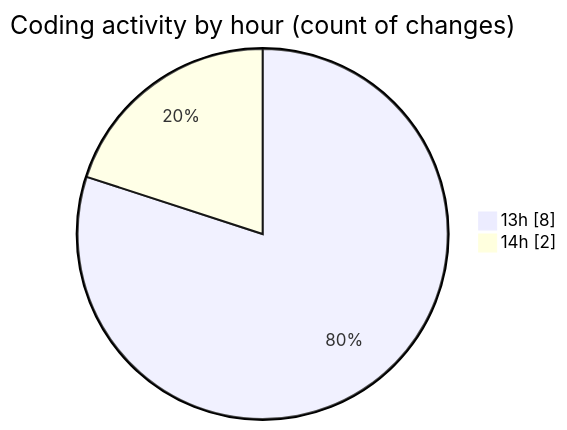
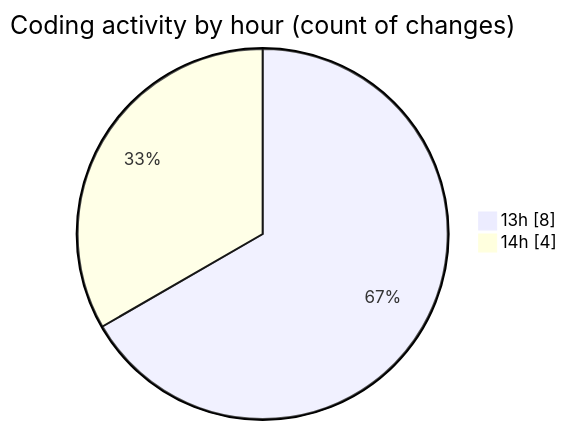
Before and after one commit to BS-eng2023/code-tracking: the second of 2 diagrams in 2025-04-03/jsvms/README.md, drawn with Mermaid. The commit also changed other lines of this file and 1 other file, not shown here.

````diff
--- a/2025-04-03/jsvms/README.md
+++ b/2025-04-03/jsvms/README.md
@@ -32,6 +33,6 @@
 ```mermaid
 pie showData
 title Coding activity by hour (count of changes)
 "13h" : 8
-"14h" : 2
+"14h" : 4
 ```
````
